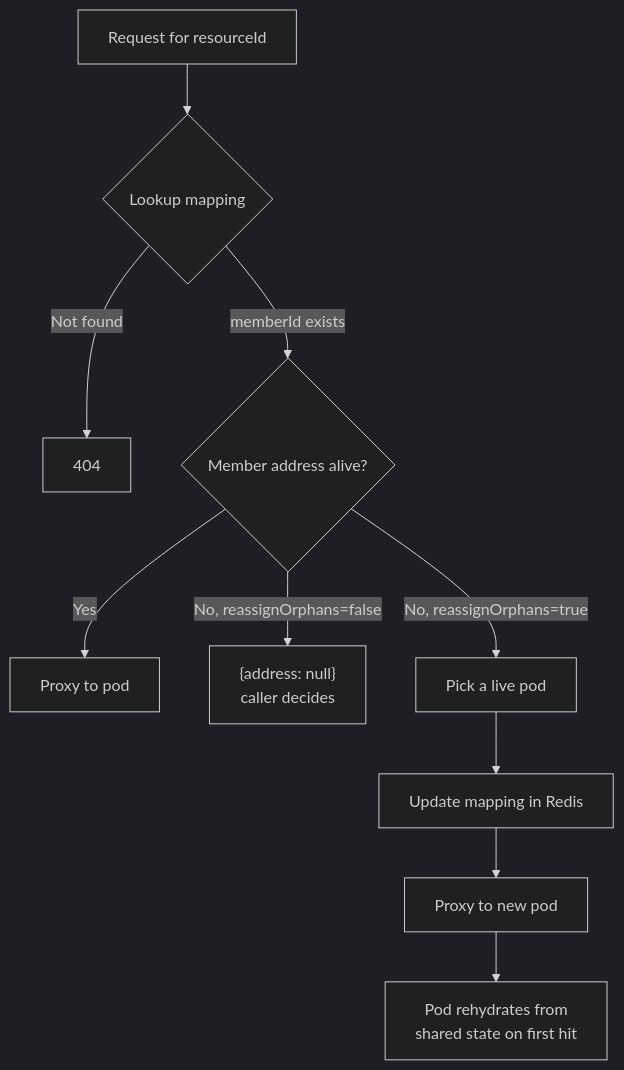
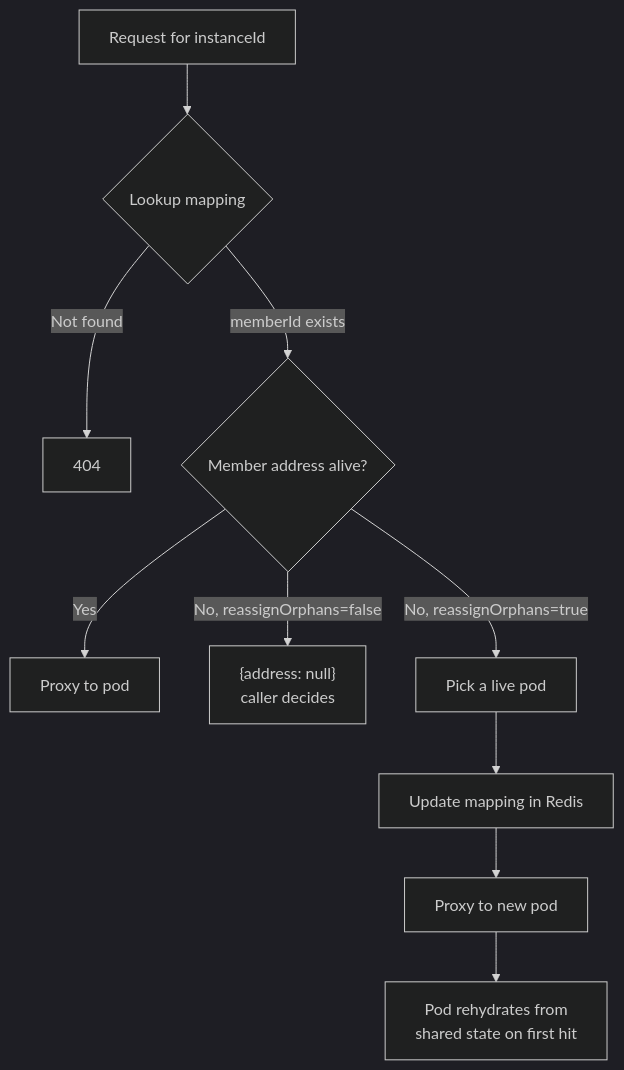
The third of 3 diagrams in README.md (platformatic/coordinator), drawn with Mermaid (dark theme) before and after one commit. The commit also changed other lines of this file and 8 other files, not shown here.

````diff
--- a/README.md
+++ b/README.md
@@ -113,12 +113,12 @@
 ```mermaid
 flowchart TD
-    A[Request for resourceId] --> B{Lookup mapping}
+    A[Request for instanceId] --> B{Lookup mapping}
     B -->|Not found| E[404]
     B -->|memberId exists| C{Member address alive?}
     C -->|Yes| D[Proxy to pod]
     C -->|No, reassignOrphans=false| F["{address: null}<br/>caller decides"]
     C -->|No, reassignOrphans=true| G[Pick a live pod]
     G --> H[Update mapping in Redis]
     H --> I[Proxy to new pod]
     I --> J["Pod rehydrates from<br/>shared state on first hit"]
 ```
````
